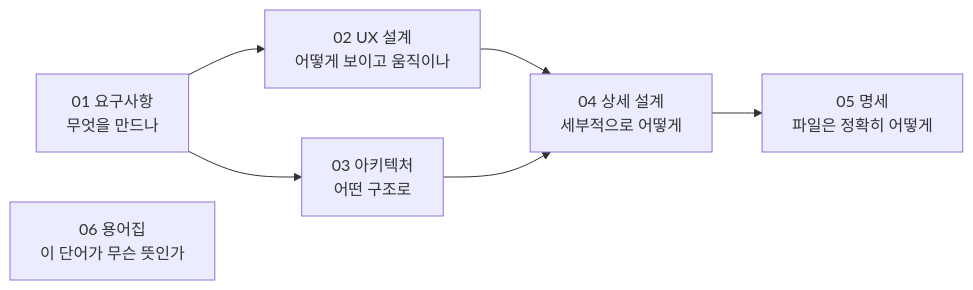
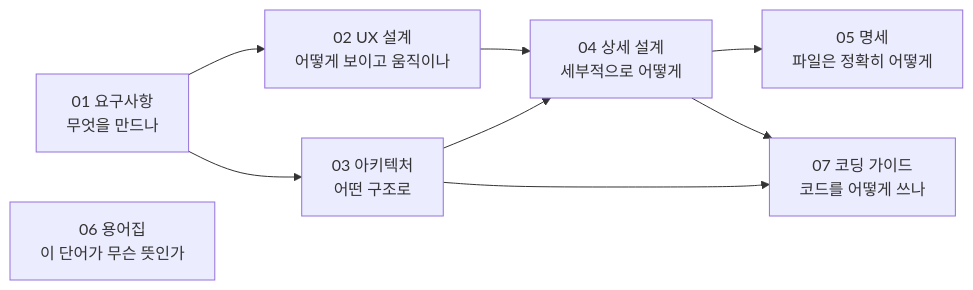
The diagram in docs/README.md (reddiana/AriadneNSD), drawn with Mermaid before and after one commit. The commit also changed other lines of this file and 5 other files, not shown here.

````diff
--- a/docs/README.md
+++ b/docs/README.md
@@ -18,9 +18,11 @@
 ```mermaid
 flowchart LR
   R["01 요구사항<br/>무엇을 만드나"] --> U["02 UX 설계<br/>어떻게 보이고 움직이나"]
   R --> A["03 아키텍처<br/>어떤 구조로"]
   U --> D["04 상세 설계<br/>세부적으로 어떻게"]
   A --> D
   D --> S["05 명세<br/>파일은 정확히 어떻게"]
   G["06 용어집<br/>이 단어가 무슨 뜻인가"]
+  A --> C["07 코딩 가이드<br/>코드를 어떻게 쓰나"]
+  D --> C
 ```
````
